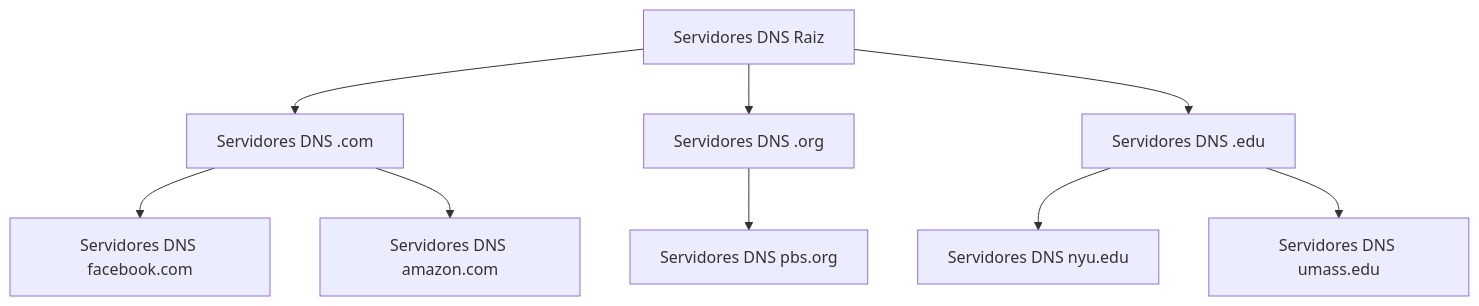
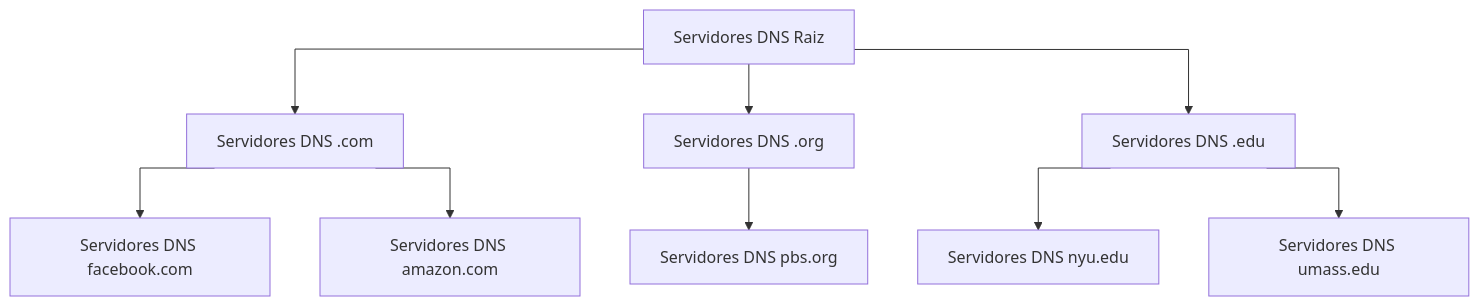
The fourth of 4 diagrams in docs/03-Protocolos/01-Aplicacao/03-dns.md (darlonv/redes), drawn with Mermaid before and after one commit. The commit also changed other lines of this file, not shown here.

````diff
--- a/docs/03-Protocolos/01-Aplicacao/03-dns.md
+++ b/docs/03-Protocolos/01-Aplicacao/03-dns.md
@@ -164,28 +159,29 @@
 ```mermaid
 flowchart TD
+    %%{init: {'flowchart' : {'curve' : 'stepAfter'}}}%%
     RAIZ[Servidores DNS Raiz]
 
     COM[Servidores DNS .com]
     ORG[Servidores DNS .org]
     EDU[Servidores DNS .edu]
 
     FACEBOOK[Servidores DNS facebook.com]
     AMAZON[Servidores DNS amazon.com]
     PBS[Servidores DNS pbs.org]
     NYU[Servidores DNS nyu.edu]
     UMASS[Servidores DNS umass.edu]
 
     RAIZ --> COM
     RAIZ --> ORG
     RAIZ --> EDU
 
     COM --> FACEBOOK
     COM --> AMAZON
 
     ORG --> PBS
 
     EDU --> NYU
     EDU --> UMASS
 
 
 ```
````
